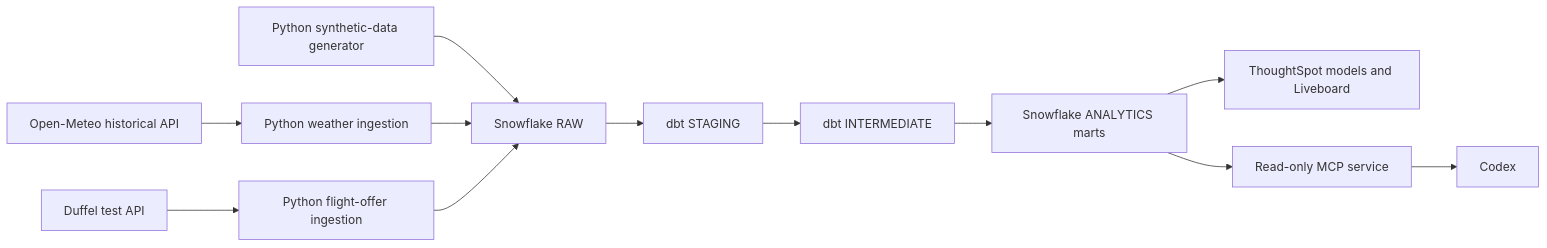
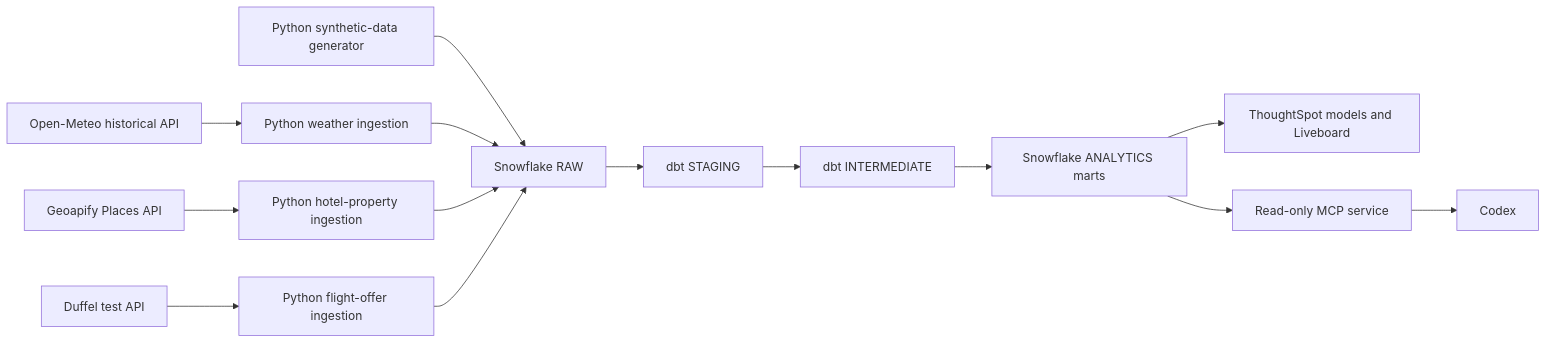
The diagram in README.md (abhioriganti/travelops-iq), drawn with Mermaid before and after one commit. The commit also changed other lines of this file and 12 other files, not shown here.

Commit message:
Add live hotel property discovery (#3)

````diff
--- a/README.md
+++ b/README.md
@@ -32,14 +35,16 @@
 ```mermaid
 flowchart LR
     A[Python synthetic-data generator] --> B[Snowflake RAW]
     X[Open-Meteo historical API] --> W[Python weather ingestion]
     W --> B
+    Z[Geoapify Places API] --> P[Python hotel-property ingestion]
+    P --> B
     Y[Duffel test API] --> Q[Python flight-offer ingestion]
     Q --> B
     B --> C[dbt STAGING]
     C --> D[dbt INTERMEDIATE]
     D --> E[Snowflake ANALYTICS marts]
     E --> F[ThoughtSpot models and Liveboard]
     E --> G[Read-only MCP service]
     G --> H[Codex]
 ```
````
